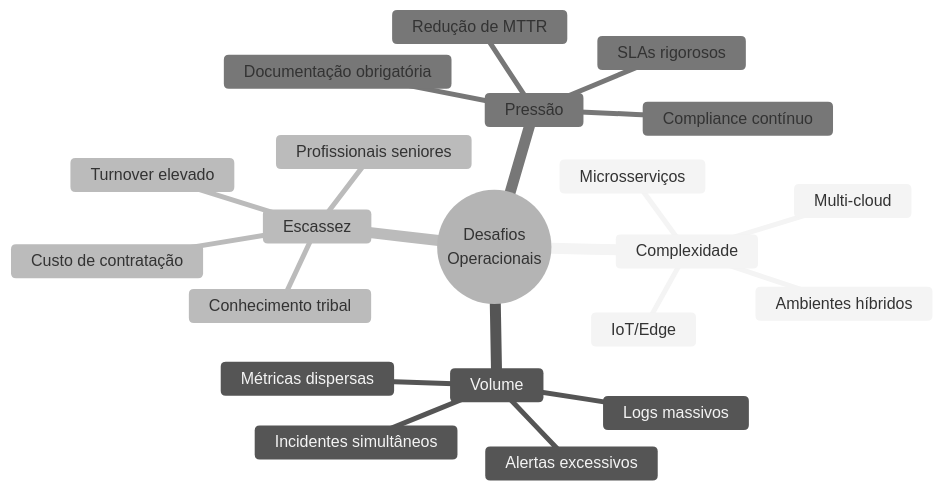
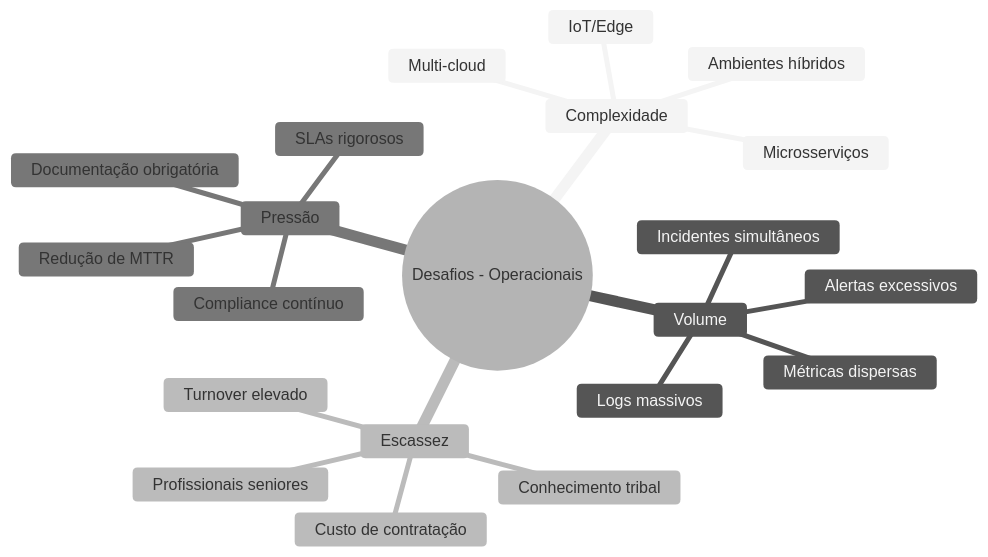
Before and after one commit to SperryTecnologia/debuga-ai: the first of 9 diagrams in docs/WHITEPAPER_PTBR.md, drawn with Mermaid (neutral theme). The commit also changed other lines of this file and 213 other files, not shown here.

````diff
--- a/docs/WHITEPAPER_PTBR.md
+++ b/docs/WHITEPAPER_PTBR.md
@@ -21,24 +21,24 @@
 ```mermaid
 mindmap
-  root((Desafios<br/>Operacionais))
+  root((Desafios - Operacionais))
     Complexidade
       Ambientes híbridos
       Multi-cloud
       Microsserviços
       IoT/Edge
     Volume
       Alertas excessivos
       Logs massivos
       Métricas dispersas
       Incidentes simultâneos
     Escassez
       Profissionais seniores
       Conhecimento tribal
       Turnover elevado
       Custo de contratação
     Pressão
       Redução de MTTR
       SLAs rigorosos
       Compliance contínuo
       Documentação obrigatória
 ```
````
